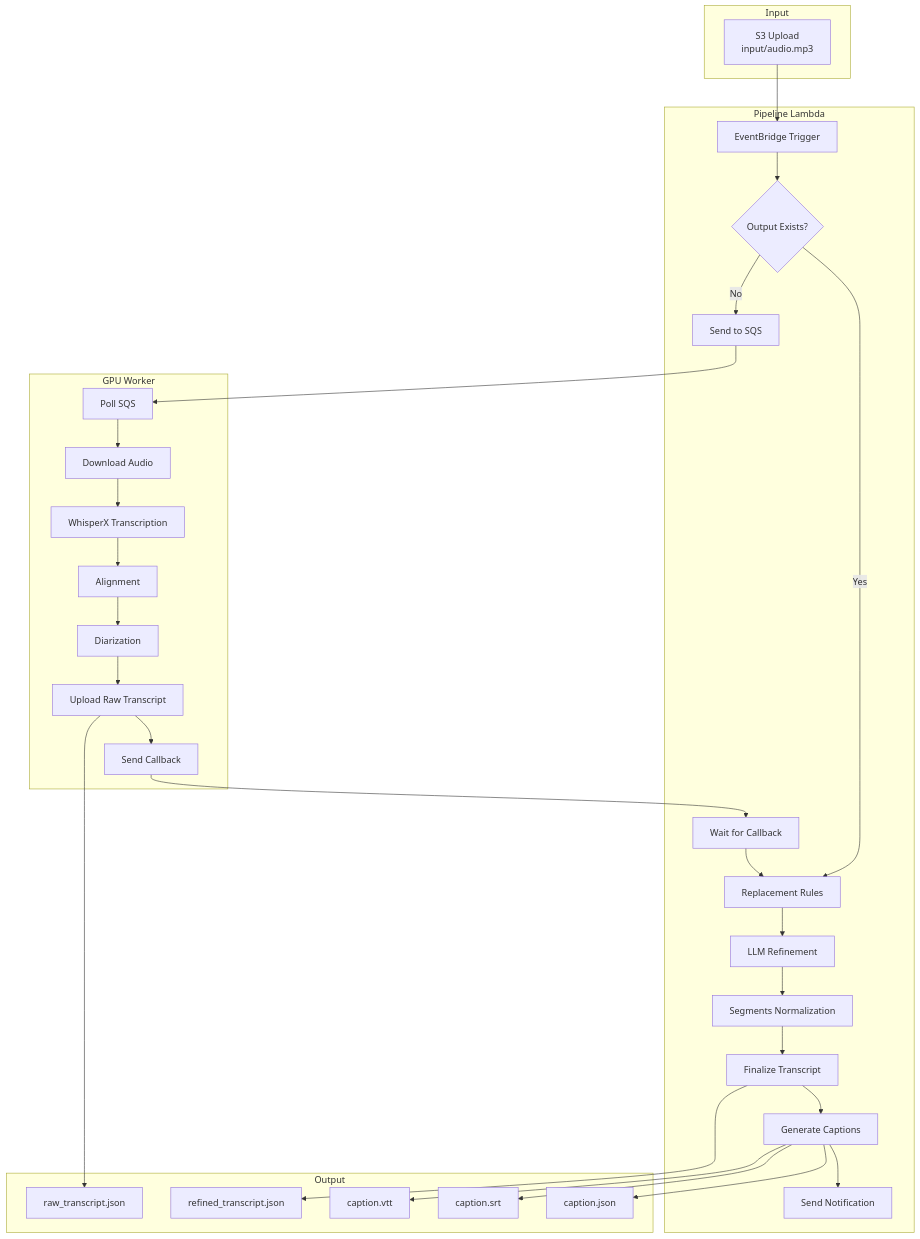
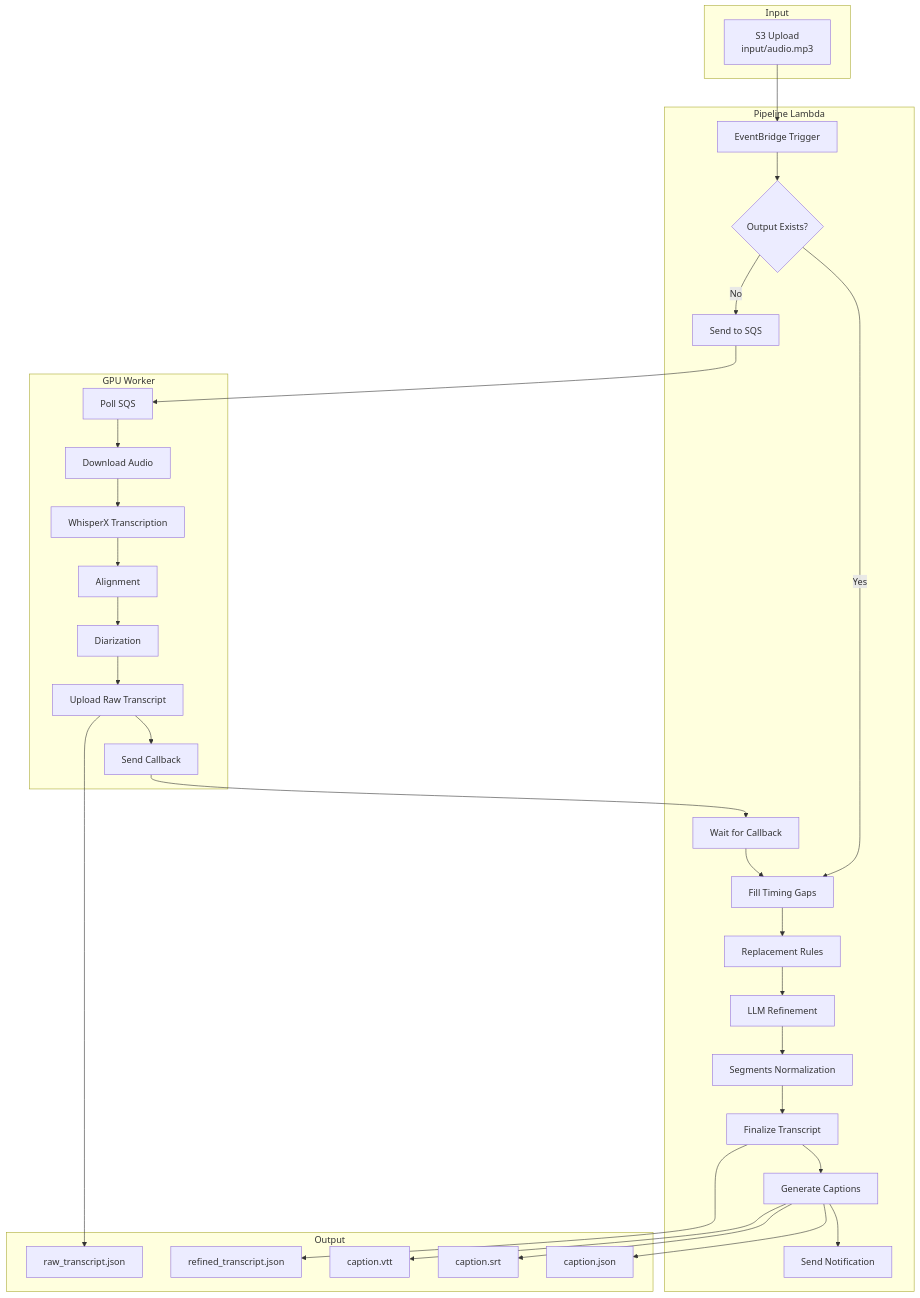
Before and after one commit to fourTheorem/podwhisperer: the diagram in README.md, drawn with Mermaid. The commit also changed other lines of this file and 6 other files, not shown here.

First line of the commit message:
feat: fill timing gaps step (#23)

````diff
--- a/README.md
+++ b/README.md
@@ -31,46 +31,47 @@
 ```mermaid
 flowchart TD
     subgraph Input
         S3Upload["S3 Upload<br/>input/audio.mp3"]
     end
 
     subgraph "Pipeline Lambda"
         EB[EventBridge Trigger]
         CheckExists{Output Exists?}
         SQS[Send to SQS]
         WaitCallback[Wait for Callback]
+        FillGaps[Fill Timing Gaps]
         Replacement[Replacement Rules]
         LLM[LLM Refinement]
         Normalize[Segments Normalization]
         Finalize[Finalize Transcript]
         Captions[Generate Captions]
         Notify[Send Notification]
     end
 
     subgraph "GPU Worker"
         Poll[Poll SQS]
         Download[Download Audio]
         Transcribe[WhisperX Transcription]
         Align[Alignment]
         Diarize[Diarization]
         Upload[Upload Raw Transcript]
         Callback[Send Callback]
     end
 
     subgraph Output
         Raw[raw_transcript.json]
         Refined[refined_transcript.json]
         VTT[caption.vtt]
         SRT[caption.srt]
         JSON[caption.json]
     end
 
     S3Upload --> EB --> CheckExists
     CheckExists -->|No| SQS --> Poll
-    CheckExists -->|Yes| Replacement
+    CheckExists -->|Yes| FillGaps
     Poll --> Download --> Transcribe --> Align --> Diarize --> Upload --> Callback
     Upload --> Raw
-    Callback --> WaitCallback --> Replacement --> LLM --> Normalize --> Finalize --> Captions --> Notify
+    Callback --> WaitCallback --> FillGaps --> Replacement --> LLM --> Normalize --> Finalize --> Captions --> Notify
     Finalize --> Refined
     Captions --> VTT & SRT & JSON
 ```
````
